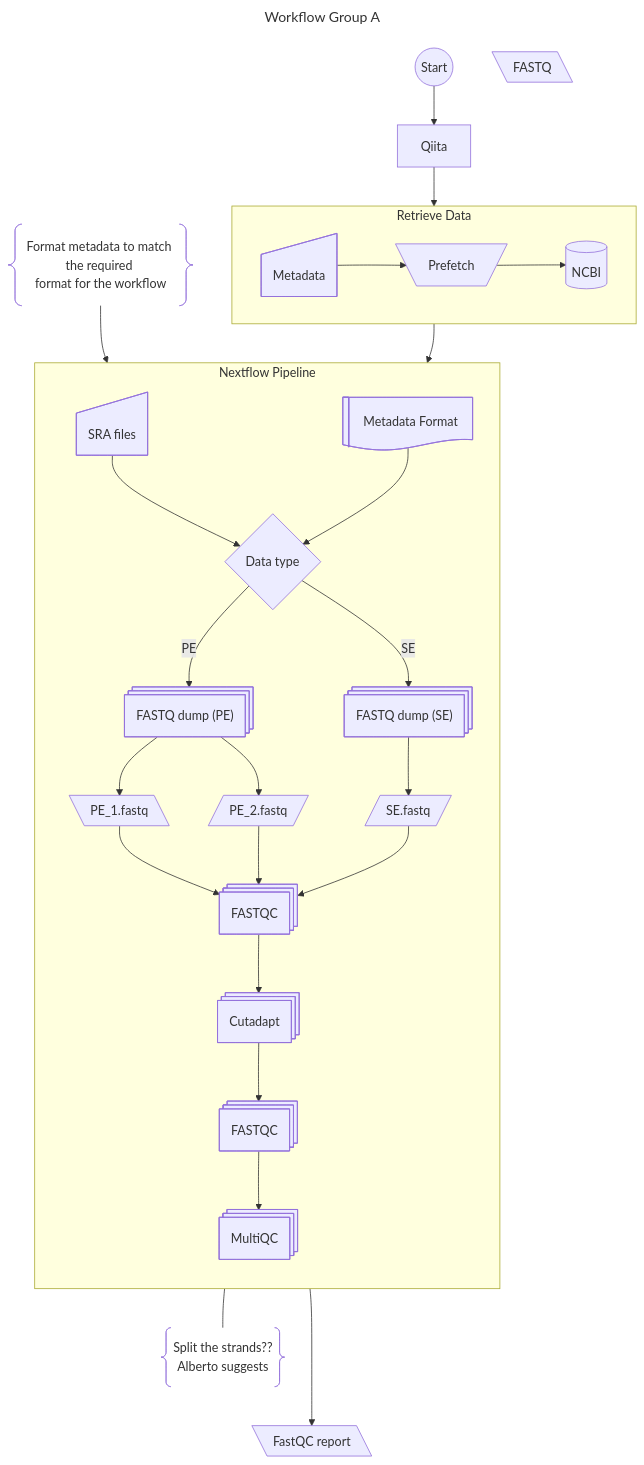
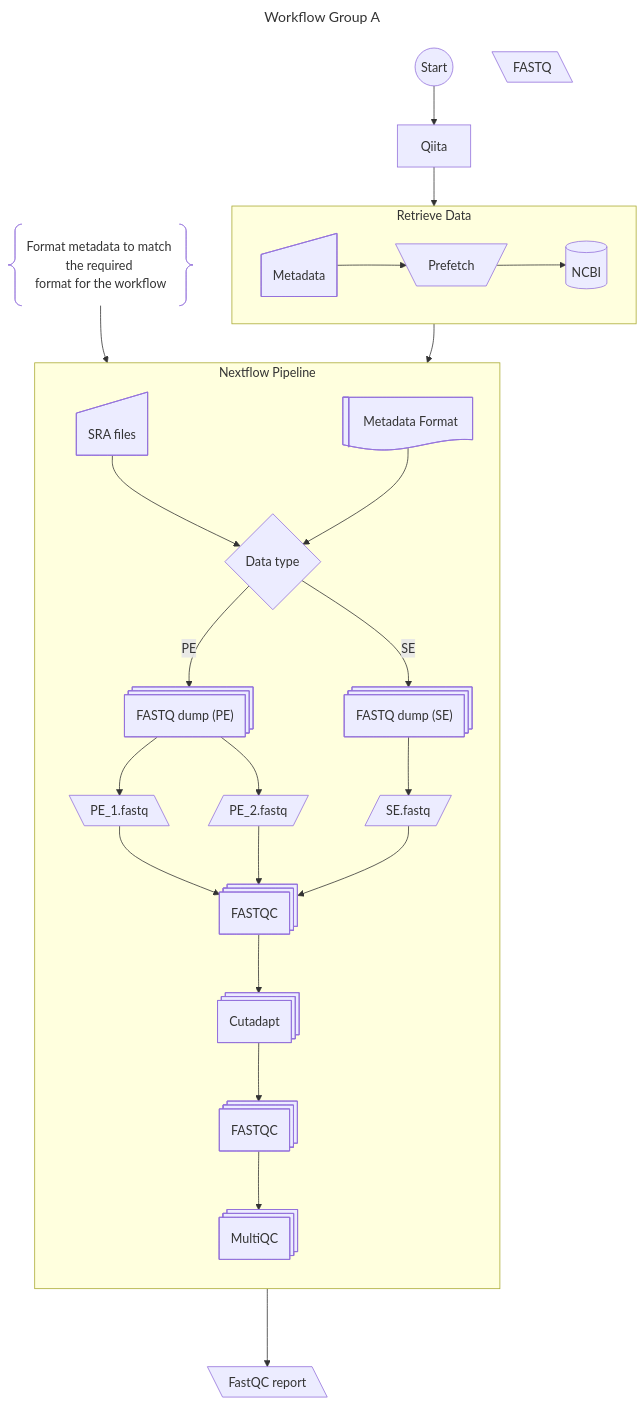
One commit to egenomics/agb2026 changed the diagram in modules/groupA/README.md. Above: the diagram before and after it, drawn with Mermaid.

````diff
--- a/modules/groupA/README.md
+++ b/modules/groupA/README.md
@@ -16,78 +16,77 @@
 ```mermaid
 ---
 title: Workflow Group A
 ---
 flowchart 
 
 %% Sofware / tools = rect
 %% Nextflow modules = st-rect
 %% Database = cyl
 %% Input = sl-rect
 %% Output = lean
 %% documentation = doc
 %% decision = diamond
 %% comments = brace
 %% Manual input = lean-r
 
 
 metadata@{shape: sl-rect, label: "Metadata"}
 comment@{shape : braces, label: "Format metadata to match the required </br>format for the workflow" }
 format@{shape: lin-doc, label: "Metadata Format"}
 
 %%doc@{shape : doc, label: "Documentation"}
 %%O@{ shape: lean-l, label: "Preprocessed Data" }
 %%I@{ shape: sl-rect, label: "Raw Data" }
 
 A@{ shape: circle, label: "Start" }
 type@{ shape: diamond, label: "Data type" }
 Qiita@{ shape: rect, label: "Qiita" }
 prefetch@{ shape: trap-t, label: "Prefetch" }
 NCBI@{ shape: cyl, label: "NCBI" }
 fastq@{ shape: sl-rect, label: "SRA files" }
 split@{ shape: st-rect, label: "FASTQ dump (PE)"}
 split2@{ shape: st-rect, label: "FASTQ dump (SE)"}
 se@{ shape: lean-r, label: "SE.fastq"}
 qreport@{shape: lean-l, label: "FastQC report"}
 
 pe_1@{shape: lean-l, label: "PE_1.fastq"}
 pe_2@{shape: lean-r, label: "PE_2.fastq"}
 FASTQC@{shape: st-rect, label: "FASTQC"}
 CUTADAPT@{shape: st-rect, label: "Cutadapt"}
 FASTQC2@{shape: st-rect, label: "FASTQC"}
 MultiQC@{shape: st-rect, label: "MultiQC"}
 trimmed@{shape: lean-l, label: "FASTQ"}
 
 
 %% Diagram
 
 A --> Qiita --> metadata
 
 
 subgraph NC [ Retrieve Data ]
     direction LR
     metadata --> prefetch --> NCBI
 end
 
 NCBI --> fastq
 comment --> format
 
 subgraph Nextflow ["Nextflow Pipeline"]
     direction TB
 
     fastq & format --> type
     type -->|PE| split --> pe_1 & pe_2 --> FASTQC
     type -->|SE| split2 --> se --> FASTQC
     FASTQC --> CUTADAPT --> FASTQC2
     FASTQC2 --> MultiQC
 
 
 
 
 
 end
 
-split --- comment1@{shape: braces, label: "Split the strands?? <br> Alberto suggests" }
 FASTQC ---> qreport
 
 
 ```
````
